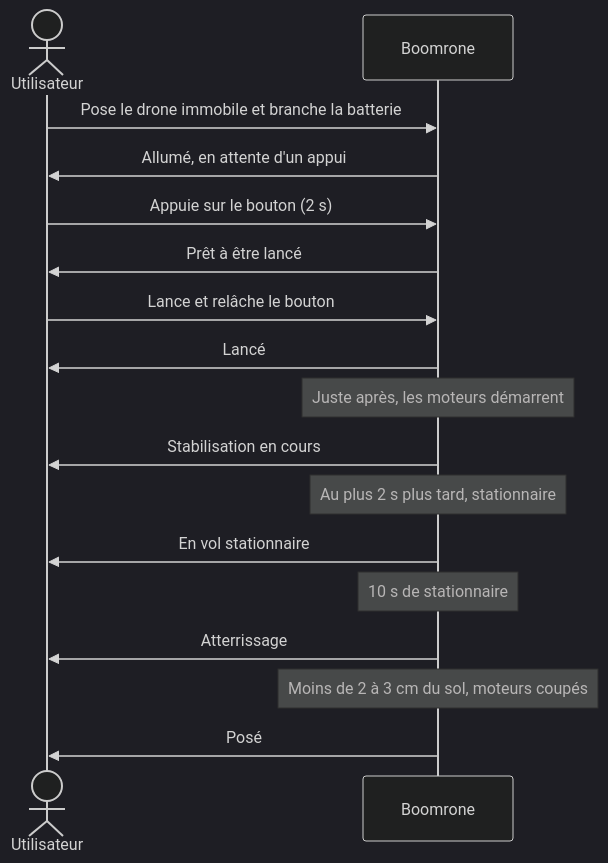
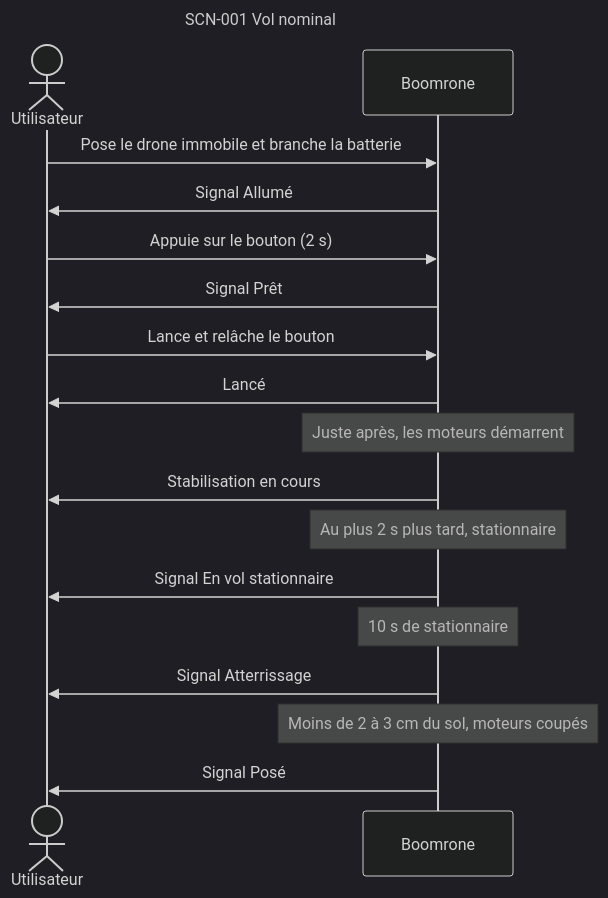
One commit to thourymatthieu-png/coworker_archi_system changed the third of 13 diagrams in projets/boomrone/00-scenarios.md. Above: the diagram before and after it, drawn with Mermaid (dark theme). The commit also changed other lines of this file and 3 other files, not shown here.

````diff
--- a/projets/boomrone/00-scenarios.md
+++ b/projets/boomrone/00-scenarios.md
@@ -88,19 +119,22 @@
 ```mermaid
+---
+title: "SCN-001 Vol nominal"
+---
 sequenceDiagram
     actor U as Utilisateur
     participant D as Boomrone
     U->>D: Pose le drone immobile et branche la batterie
-    D->>U: Allumé, en attente d'un appui
+    D->>U: Signal Allumé
     U->>D: Appuie sur le bouton (2 s)
-    D->>U: Prêt à être lancé
+    D->>U: Signal Prêt
     U->>D: Lance et relâche le bouton
     D->>U: Lancé
     Note over D: Juste après, les moteurs démarrent
     D->>U: Stabilisation en cours
     Note over D: Au plus 2 s plus tard, stationnaire
-    D->>U: En vol stationnaire
+    D->>U: Signal En vol stationnaire
     Note over D: 10 s de stationnaire
-    D->>U: Atterrissage
+    D->>U: Signal Atterrissage
     Note over D: Moins de 2 à 3 cm du sol, moteurs coupés
-    D->>U: Posé
+    D->>U: Signal Posé
 ```
````
